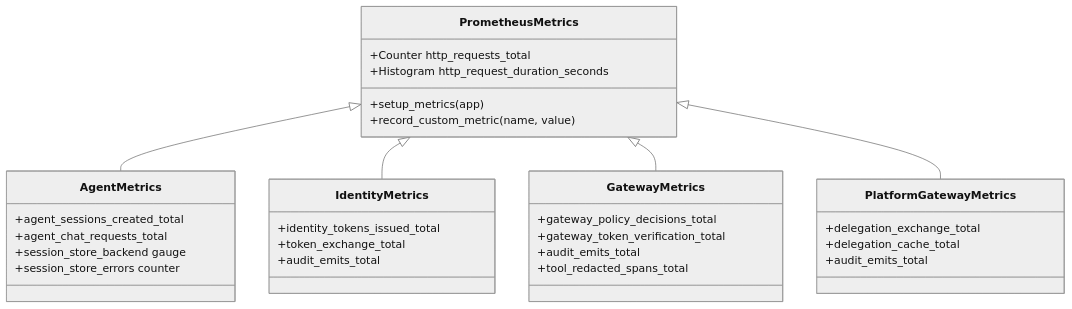
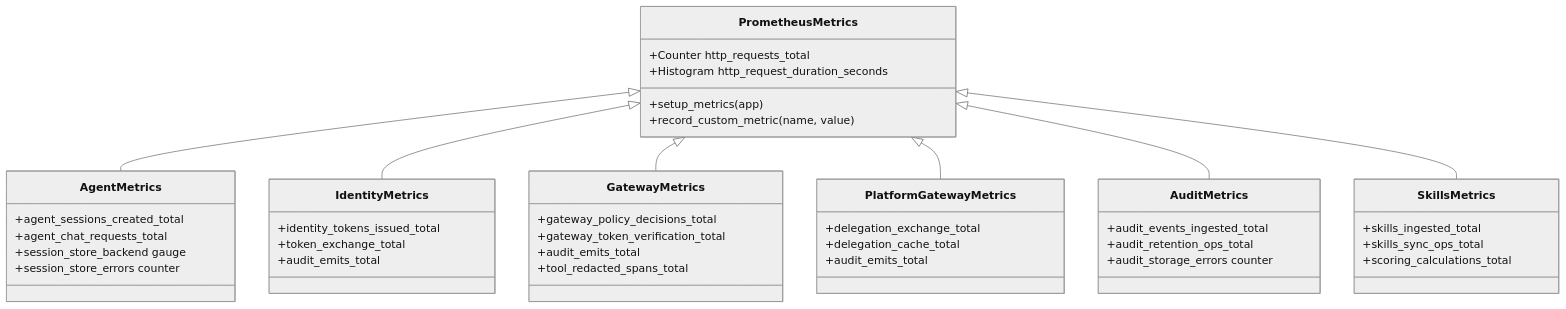
One commit to metasync/luban-aiops changed the fourth of 10 diagrams in .qoder/repowiki/en/content/Monitoring and Observability/Monitoring and Observability.md. Above: the diagram before and after it, drawn with Mermaid (neutral theme). The commit also changed other lines of this file and 71 other files, not shown here.

````diff
--- a/.qoder/repowiki/en/content/Monitoring and Observability/Monitoring and Observability.md
+++ b/.qoder/repowiki/en/content/Monitoring and Observability/Monitoring and Observability.md
@@ -181,35 +238,47 @@
 ```mermaid
 classDiagram
 class PrometheusMetrics {
 +Counter http_requests_total
 +Histogram http_request_duration_seconds
 +setup_metrics(app)
 +record_custom_metric(name, value)
 }
 class AgentMetrics {
 +agent_sessions_created_total
 +agent_chat_requests_total
 +session_store_backend gauge
 +session_store_errors counter
 }
 class IdentityMetrics {
 +identity_tokens_issued_total
 +token_exchange_total
 +audit_emits_total
 }
 class GatewayMetrics {
 +gateway_policy_decisions_total
 +gateway_token_verification_total
 +audit_emits_total
 +tool_redacted_spans_total
 }
 class PlatformGatewayMetrics {
 +delegation_exchange_total
 +delegation_cache_total
 +audit_emits_total
 }
+class AuditMetrics {
++audit_events_ingested_total
++audit_retention_ops_total
++audit_storage_errors counter
+}
+class SkillsMetrics {
++skills_ingested_total
++skills_sync_ops_total
++scoring_calculations_total
+}
 PrometheusMetrics <|-- AgentMetrics
 PrometheusMetrics <|-- IdentityMetrics
 PrometheusMetrics <|-- GatewayMetrics
 PrometheusMetrics <|-- PlatformGatewayMetrics
+PrometheusMetrics <|-- AuditMetrics
+PrometheusMetrics <|-- SkillsMetrics
 ```
````
